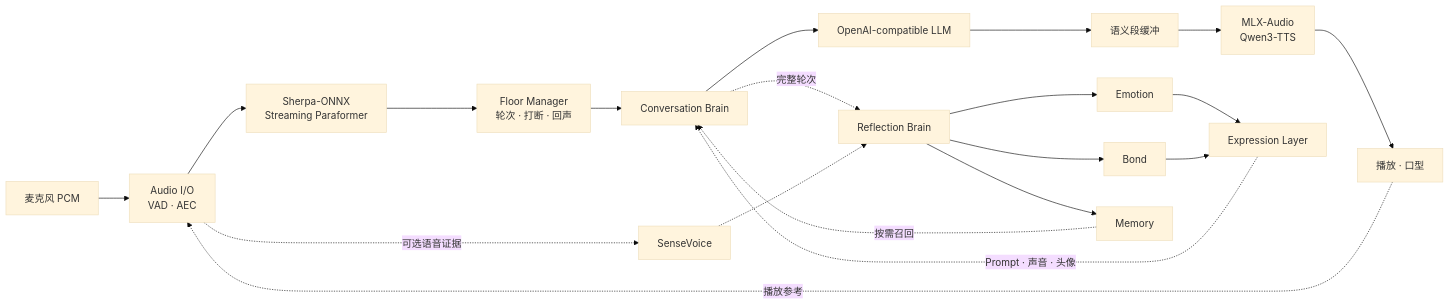
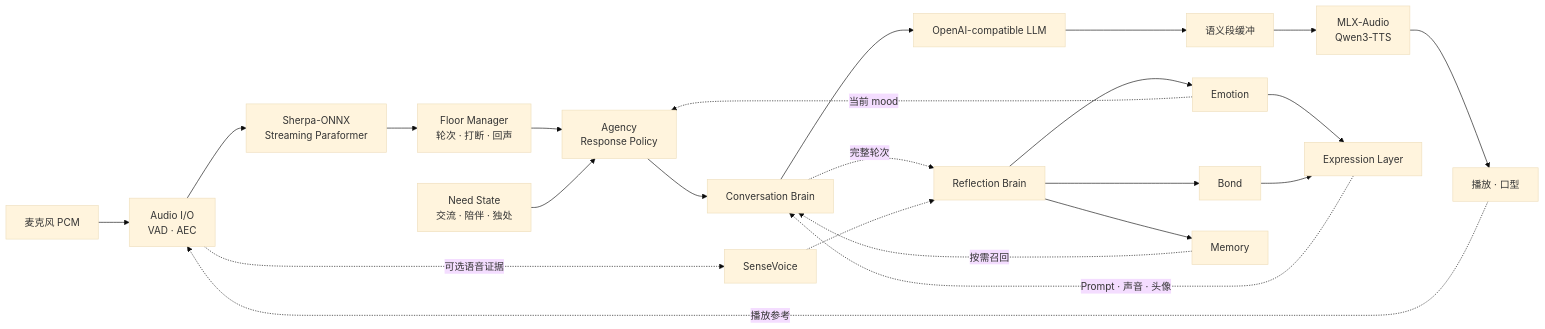
The diagram in README.md (bug1024/soul-tty), drawn with Mermaid (base theme) before and after one commit. The commit also changed other lines of this file and 14 other files, not shown here.

Commit message:
feat: add Serena agency response policy

````diff
--- a/README.md
+++ b/README.md
@@ -55,23 +57,26 @@
 ```mermaid
 flowchart LR
     MIC["麦克风 PCM"] --> IO["Audio I/O<br/>VAD · AEC"]
     IO --> ASR["Sherpa-ONNX<br/>Streaming Paraformer"]
     ASR --> FLOOR["Floor Manager<br/>轮次 · 打断 · 回声"]
-    FLOOR --> CHAT["Conversation Brain"]
+    FLOOR --> POLICY["Agency<br/>Response Policy"]
+    NEED["Need State<br/>交流 · 陪伴 · 独处"] --> POLICY
+    POLICY --> CHAT["Conversation Brain"]
     CHAT --> LLM["OpenAI-compatible LLM"]
     LLM --> BUFFER["语义段缓冲"]
     BUFFER --> TTS["MLX-Audio<br/>Qwen3-TTS"]
     TTS --> OUT["播放 · 口型"]
     OUT -. "播放参考" .-> IO
 
     IO -. "可选语音证据" .-> VOICE["SenseVoice"]
     CHAT -. "完整轮次" .-> REFLECT["Reflection Brain"]
     VOICE -.-> REFLECT
     REFLECT --> EMOTION["Emotion"]
     REFLECT --> BOND["Bond"]
     REFLECT --> MEMORY["Memory"]
     MEMORY -. "按需召回" .-> CHAT
+    EMOTION -. "当前 mood" .-> POLICY
     EMOTION --> EXPRESS["Expression Layer"]
     BOND --> EXPRESS
     EXPRESS -. "Prompt · 声音 · 头像" .-> CHAT
 ```
````
